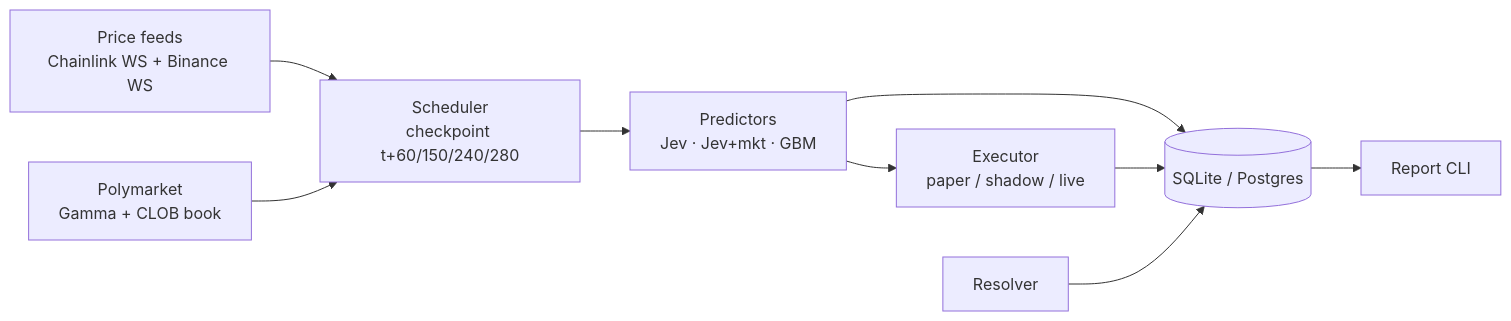
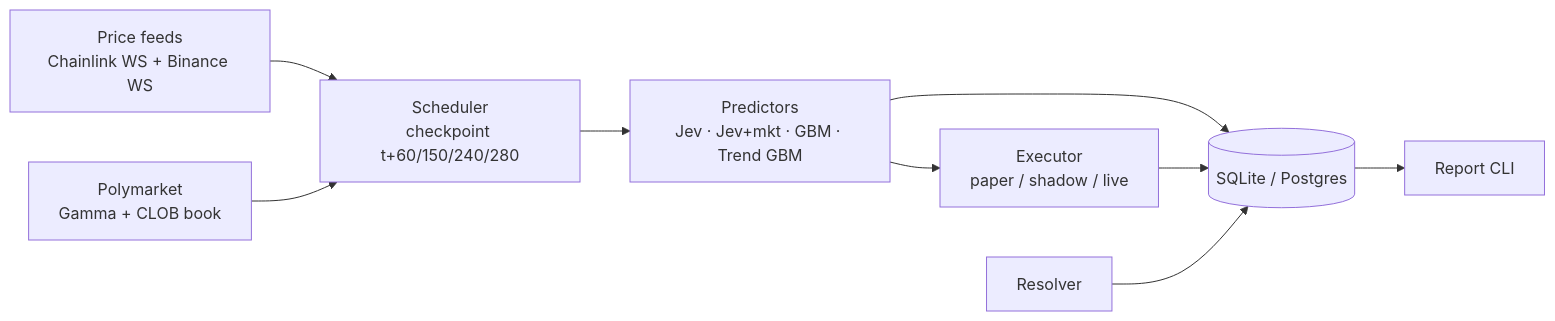
Before and after one commit to rudo-onchain/pmjev: the first of 2 diagrams in docs/spec.md, drawn with Mermaid. The commit also changed other lines of this file and 14 other files, not shown here.

Commit message:
feat: enable paper trading for trend GBM

````diff
--- a/docs/spec.md
+++ b/docs/spec.md
@@ -35,11 +35,11 @@
 ```mermaid
 flowchart LR
   A[Price feeds<br/>Chainlink WS + Binance WS] --> C[Scheduler<br/>checkpoint t+60/150/240/280]
   B[Polymarket<br/>Gamma + CLOB book] --> C
-  C --> D[Predictors<br/>Jev · Jev+mkt · GBM]
+  C --> D[Predictors<br/>Jev · Jev+mkt · GBM · Trend GBM]
   D --> E[(SQLite / Postgres)]
   D --> F[Executor<br/>paper / shadow / live]
   F --> E
   G[Resolver] --> E
   E --> H[Report CLI]
 ```
````
